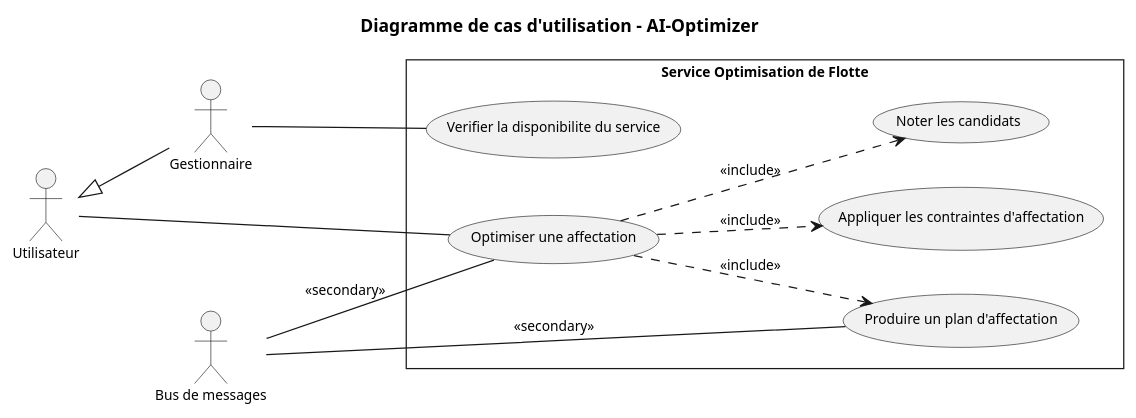
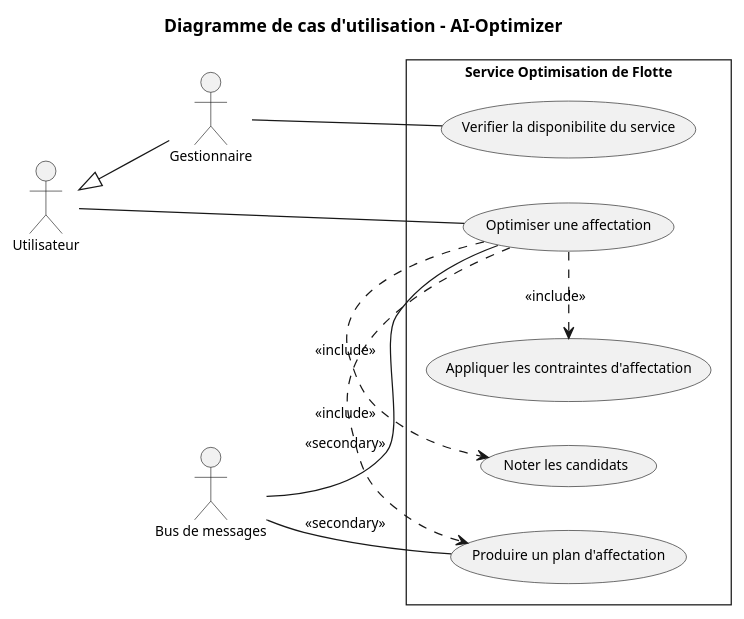
One commit to saber-barhoumi/Xpark-gmao changed the diagram in docs/diagrams/microservices/AI-Optimizer/AI-Optimizer-usecase.puml. Above: the diagram before and after it, drawn with PlantUML. The commit also changed 23 other files, not shown here.

First line of the commit message:
docs(uml): mise en page des cas d'utilisation et des communications

```diff
--- a/docs/diagrams/microservices/AI-Optimizer/AI-Optimizer-usecase.puml
+++ b/docs/diagrams/microservices/AI-Optimizer/AI-Optimizer-usecase.puml
@@ -1,40 +1,42 @@
 @startuml
 skinparam style strictuml
 skinparam packageStyle rectangle
 skinparam shadowing false
 skinparam defaultFontName Verdana
 skinparam defaultFontSize 11
 skinparam backgroundColor #FFFFFF
 left to right direction
 
 title Diagramme de cas d'utilisation - AI-Optimizer
 
-' Acteurs principaux (a gauche)
+' Acteurs principaux, empiles verticalement a gauche
 actor "Utilisateur" as Utilisateur
 actor "Gestionnaire" as Gestionnaire
 
-Utilisateur <|-- Gestionnaire
+' Generalisation : triangle creux, de l'enfant vers le parent
+Gestionnaire -up-|> Utilisateur
 
 rectangle "Service Optimisation de Flotte" {
   usecase "Optimiser une affectation" as UC_Optimiser_une_affectation
   usecase "Appliquer les contraintes d'affectation" as UC_Appliquer_les_contraintes_d_affect
   usecase "Noter les candidats" as UC_Noter_les_candidats
   usecase "Produire un plan d'affectation" as UC_Produire_un_plan_d_affectation
   usecase "Verifier la disponibilite du service" as UC_Verifier_la_disponibilite_du_servi
 }
 
-' Acteurs secondaires (a droite, hors frontiere)
+' Acteurs secondaires, a droite, hors de la frontiere
 actor "Bus de messages" as Bus
 
-' Associations : trait continu sans fleche (UML : relation d'association)
+' Associations : trait continu sans fleche (relation d'association)
 Utilisateur -- UC_Optimiser_une_affectation
 Gestionnaire -- UC_Verifier_la_disponibilite_du_servi
 
 Bus -- UC_Optimiser_une_affectation : << secondary >>
 Bus -- UC_Produire_un_plan_d_affectation : << secondary >>
 
-UC_Optimiser_une_affectation ..> UC_Appliquer_les_contraintes_d_affect : << include >>
-UC_Optimiser_une_affectation ..> UC_Noter_les_candidats : << include >>
-UC_Optimiser_une_affectation ..> UC_Produire_un_plan_d_affectation : << include >>
+' << include >> : du cas de base vers le cas obligatoire
+UC_Optimiser_une_affectation .[norank].> UC_Appliquer_les_contraintes_d_affect : << include >>
+UC_Optimiser_une_affectation .[norank].> UC_Noter_les_candidats : << include >>
+UC_Optimiser_une_affectation .[norank].> UC_Produire_un_plan_d_affectation : << include >>
 
 @enduml
```
